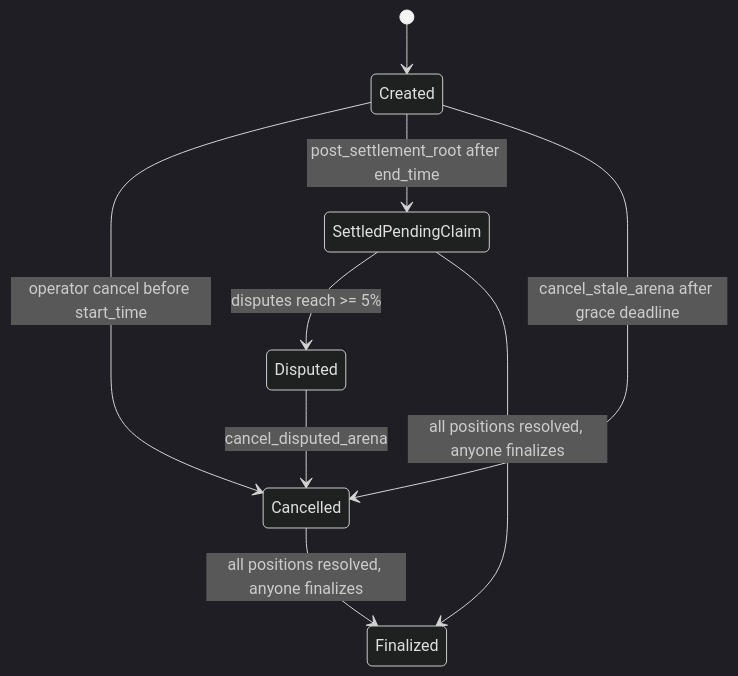
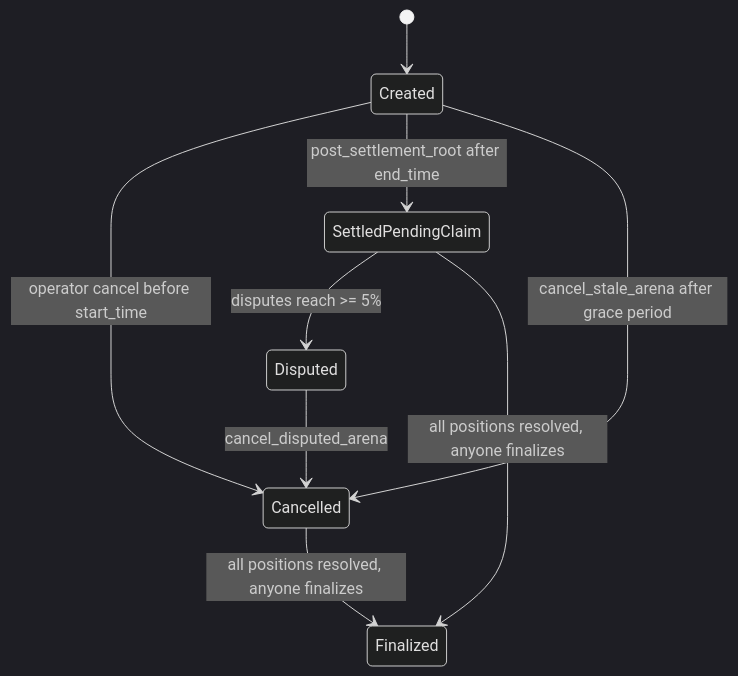
The ninth of 9 diagrams in docs/vault-architecture.md (tradestars-app/tradestars-v3-solana), drawn with Mermaid (dark theme) before and after one commit. The commit also changed other lines of this file and 11 other files, not shown here.

````diff
--- a/docs/vault-architecture.md
+++ b/docs/vault-architecture.md
@@ -337,11 +327,11 @@
 ```mermaid
 stateDiagram-v2
     [*] --> Created
     Created --> Cancelled: operator cancel before start_time
     Created --> SettledPendingClaim: post_settlement_root after end_time
-    Created --> Cancelled: cancel_stale_arena after grace deadline
+    Created --> Cancelled: cancel_stale_arena after grace period
     SettledPendingClaim --> Disputed: disputes reach >= 5%
     SettledPendingClaim --> Finalized: all positions resolved, anyone finalizes
     Disputed --> Cancelled: cancel_disputed_arena
     Cancelled --> Finalized: all positions resolved, anyone finalizes
 ```
````
